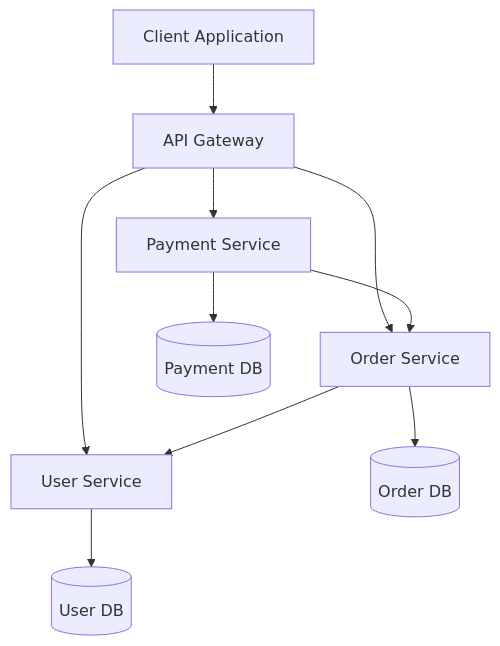
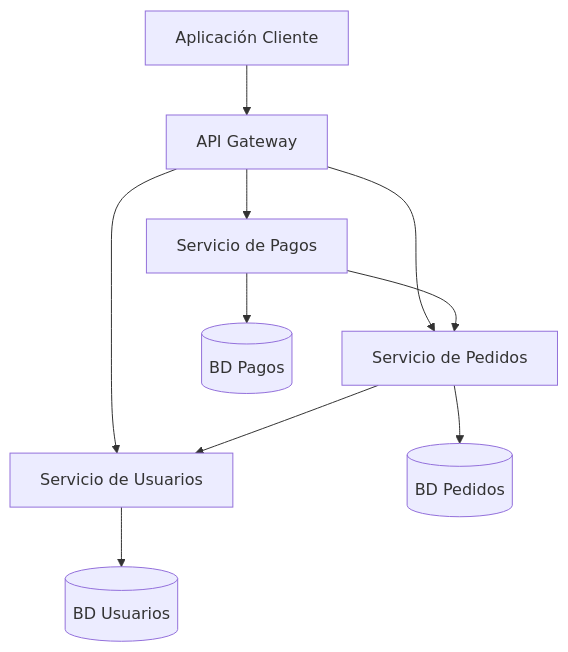
One commit to aialphanovatide/software-architecture-guide changed the diagram in docs/architecture/microservices/index.md. Above: the diagram before and after it, drawn with Mermaid. The commit also changed other lines of this file and 6 other files, not shown here.

````diff
--- a/docs/architecture/microservices/index.md
+++ b/docs/architecture/microservices/index.md
@@ -50,12 +50,12 @@
 ```mermaid
 graph TD
-    Client[Client Application] --> Gateway[API Gateway]
-    Gateway --> Service1[User Service]
-    Gateway --> Service2[Order Service]
-    Gateway --> Service3[Payment Service]
-    Service1 --> DB1[(User DB)]
-    Service2 --> DB2[(Order DB)]
-    Service3 --> DB3[(Payment DB)]
+    Client[Aplicación Cliente] --> Gateway[API Gateway]
+    Gateway --> Service1[Servicio de Usuarios]
+    Gateway --> Service2[Servicio de Pedidos]
+    Gateway --> Service3[Servicio de Pagos]
+    Service1 --> DB1[(BD Usuarios)]
+    Service2 --> DB2[(BD Pedidos)]
+    Service3 --> DB3[(BD Pagos)]
     Service2 --> Service1
     Service3 --> Service2
 ```
````
